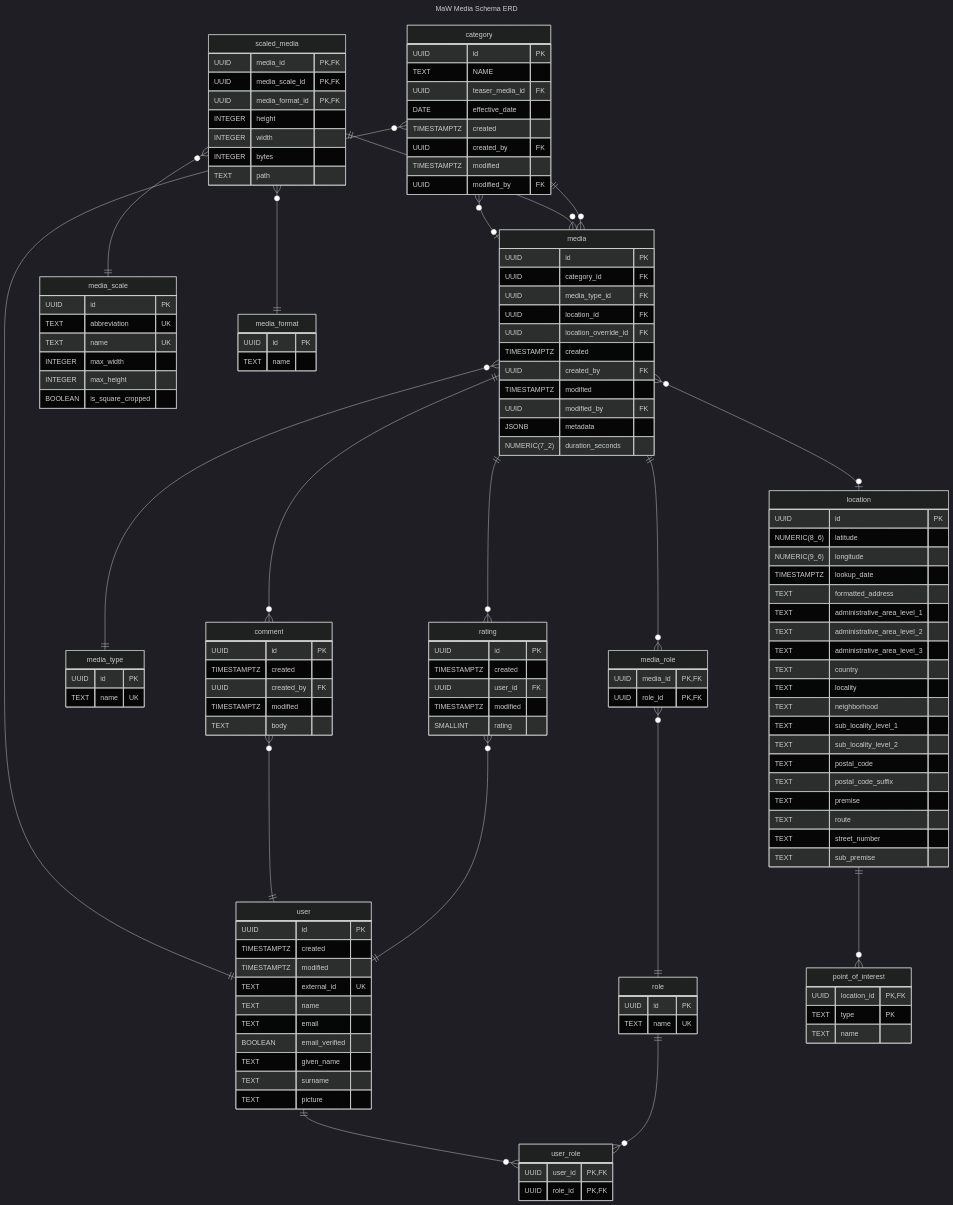
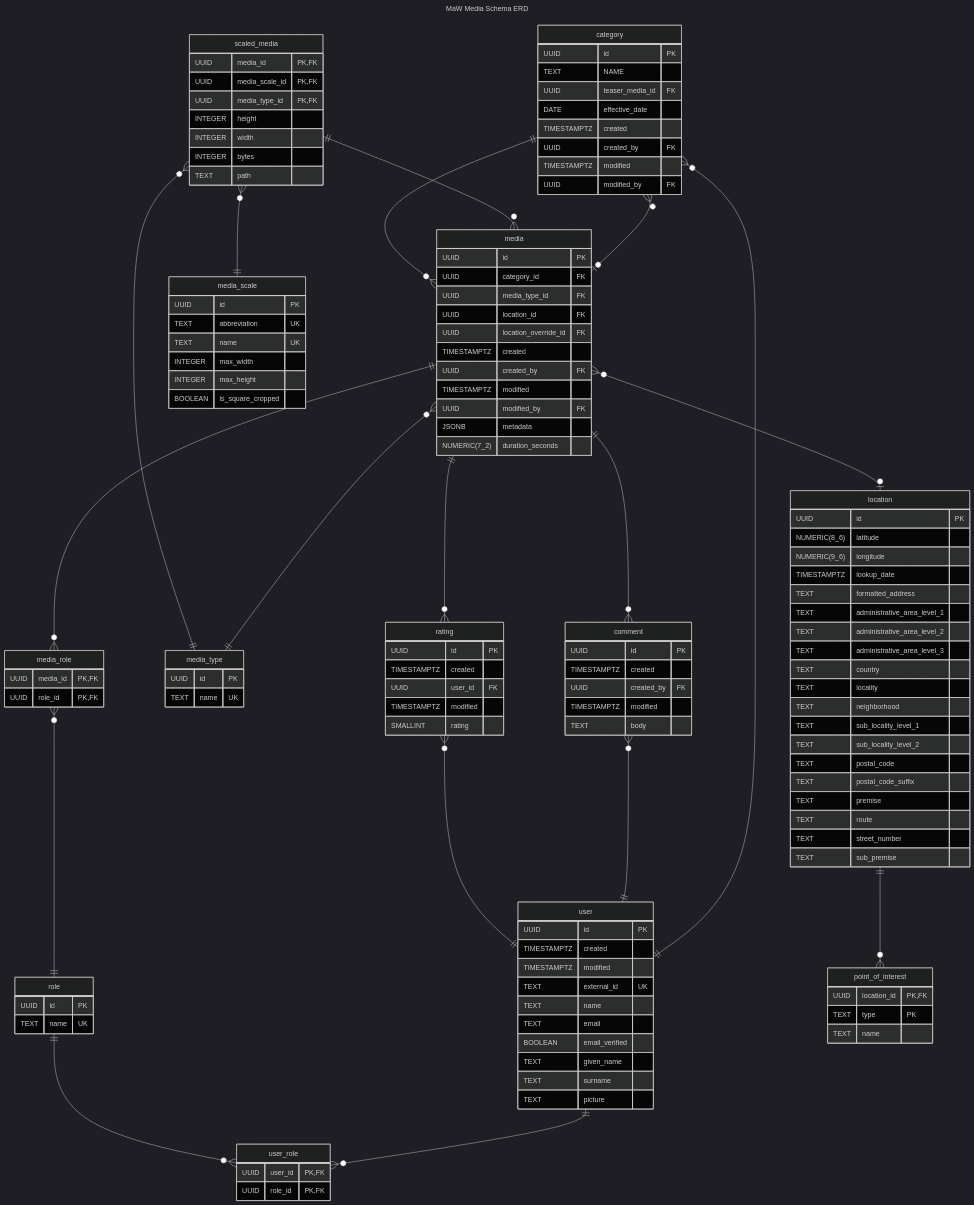
The diagram in src/db-postgres/design.mmd (AerisG222/maw-media), drawn with Mermaid (dark theme) before and after one commit.

Commit message:
consolidate type + format

```diff
--- a/src/db-postgres/design.mmd
+++ b/src/db-postgres/design.mmd
@@ -1,168 +1,161 @@
 ---
 title: MaW Media Schema ERD
 ---
 erDiagram
     %% create another table to represent the external user, and simplify this to link those same external users
     %% to one logical user for our system (i.e. i should have 1 user acct, regardless if i login via google/github/etc)
     %% external_id = nameidentifier
     user {
         UUID id PK
         TIMESTAMPTZ created
         TIMESTAMPTZ modified
         TEXT external_id UK
         TEXT name
         TEXT email
         BOOLEAN email_verified
         TEXT given_name
         TEXT surname
         TEXT picture
     }
 
     role {
         UUID id PK
         TEXT name UK
     }
 
     user_role {
         UUID user_id PK, FK
         UUID role_id PK, FK
     }
 
     category {
         UUID id PK
         TEXT NAME
         UUID teaser_media_id FK
         DATE effective_date
         TIMESTAMPTZ created
         UUID created_by FK
         TIMESTAMPTZ modified
         UUID modified_by FK
     }
 
     media_role {
         UUID media_id PK, FK
         UUID role_id PK, FK
     }
 
-    %% primarily used to give consumers an easy way to identify the type of media
     media_type {
         UUID id PK
         TEXT name UK
     }
 
     media {
         UUID id PK
         UUID category_id FK
         UUID media_type_id FK
         UUID location_id FK
         UUID location_override_id FK
         TIMESTAMPTZ created
         UUID created_by FK
         TIMESTAMPTZ modified
         UUID modified_by FK
         JSONB metadata
         NUMERIC(7_2) duration_seconds
     }
 
     location {
         UUID id PK
         NUMERIC(8_6) latitude
         NUMERIC(9_6) longitude
         TIMESTAMPTZ lookup_date
         TEXT formatted_address
         TEXT administrative_area_level_1
         TEXT administrative_area_level_2
         TEXT administrative_area_level_3
         TEXT country
         TEXT locality
         TEXT neighborhood
         TEXT sub_locality_level_1
         TEXT sub_locality_level_2
         TEXT postal_code
         TEXT postal_code_suffix
         TEXT premise
         TEXT route
         TEXT street_number
         TEXT sub_premise
     }
 
     point_of_interest {
         UUID location_id PK, FK
         TEXT type PK
         TEXT name
     }
 
     %% qqvg    ( 160 x  120)
     %% qvg     ( 320 x  240)
     %% nhd     ( 640 x  360)
     %% hd      (1280 x  720)
     %% full_hd (1920 x 1080)
     %% qhd     (2560 x 1440)
     %% 4k      (3840 x 2160)
     %% 5k      (5120 x 2880)  - skip for now
     %% 8k      (7680 × 4320)  - skip for now
     %% src     ?
     media_scale {
         UUID id PK
         TEXT abbreviation UK
         TEXT name UK
         INTEGER max_width
         INTEGER max_height
         BOOLEAN is_square_cropped
     }
 
-    %% video / image
-    media_format {
-        UUID id PK
-        TEXT name
-    }
-
     scaled_media {
         UUID media_id PK, FK
         UUID media_scale_id PK, FK
-        UUID media_format_id PK, FK
+        UUID media_type_id PK, FK
         INTEGER height
         INTEGER width
         INTEGER bytes
         TEXT path
     }
 
     comment {
         UUID id PK
         TIMESTAMPTZ created
         UUID created_by FK
         TIMESTAMPTZ modified
         TEXT body
     }
 
     rating {
         UUID id PK
         TIMESTAMPTZ created
         UUID user_id FK
         TIMESTAMPTZ modified
         SMALLINT rating
     }
 
     user ||--o{ user_role : ""
     role ||--o{ user_role : ""
 
     category }o--|| user : ""
     category }o--o| media : ""
 
     %% assign perms here to allow flexibility of showing/hiding media on a per role basis
     media_role }o--|| role : ""
 
     media }o--|| category : ""
     media }o--|| media_type : ""
     media ||--o{ media_role : ""
     media ||--o{ comment: ""
     media ||--o{ rating: ""
     media }o--o| location : ""
 
     location ||--o{ point_of_interest : ""
     comment }o--|| user : ""
     rating }o--|| user : ""
 
     scaled_media ||--o{ media : ""
     scaled_media }o--|| media_scale : ""
-    scaled_media }o--|| media_format : ""
+    scaled_media }o--|| media_type : ""
```
